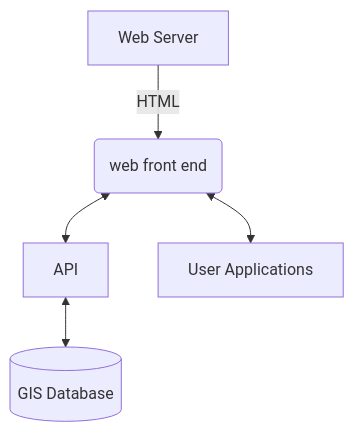
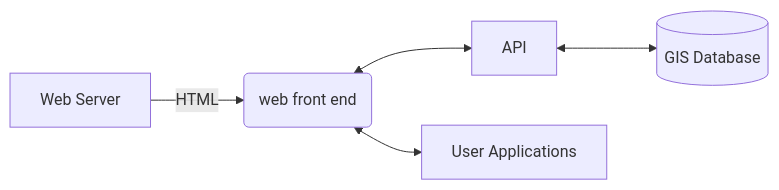
The diagram in challenge4_1.md (kemacias/Software_Engineering_1), drawn with Mermaid before and after one commit. The commit also changed other lines of this file, not shown here.

````diff
--- a/challenge4_1.md
+++ b/challenge4_1.md
@@ -5,6 +7,6 @@
 ```mermaid
-flowchart TD
+flowchart LR
     A[Web Server] -->|HTML| B(web front end)
     B <--> E[API] <-->F[(GIS Database)]
     B <--> D[User Applications]
 ```
````
